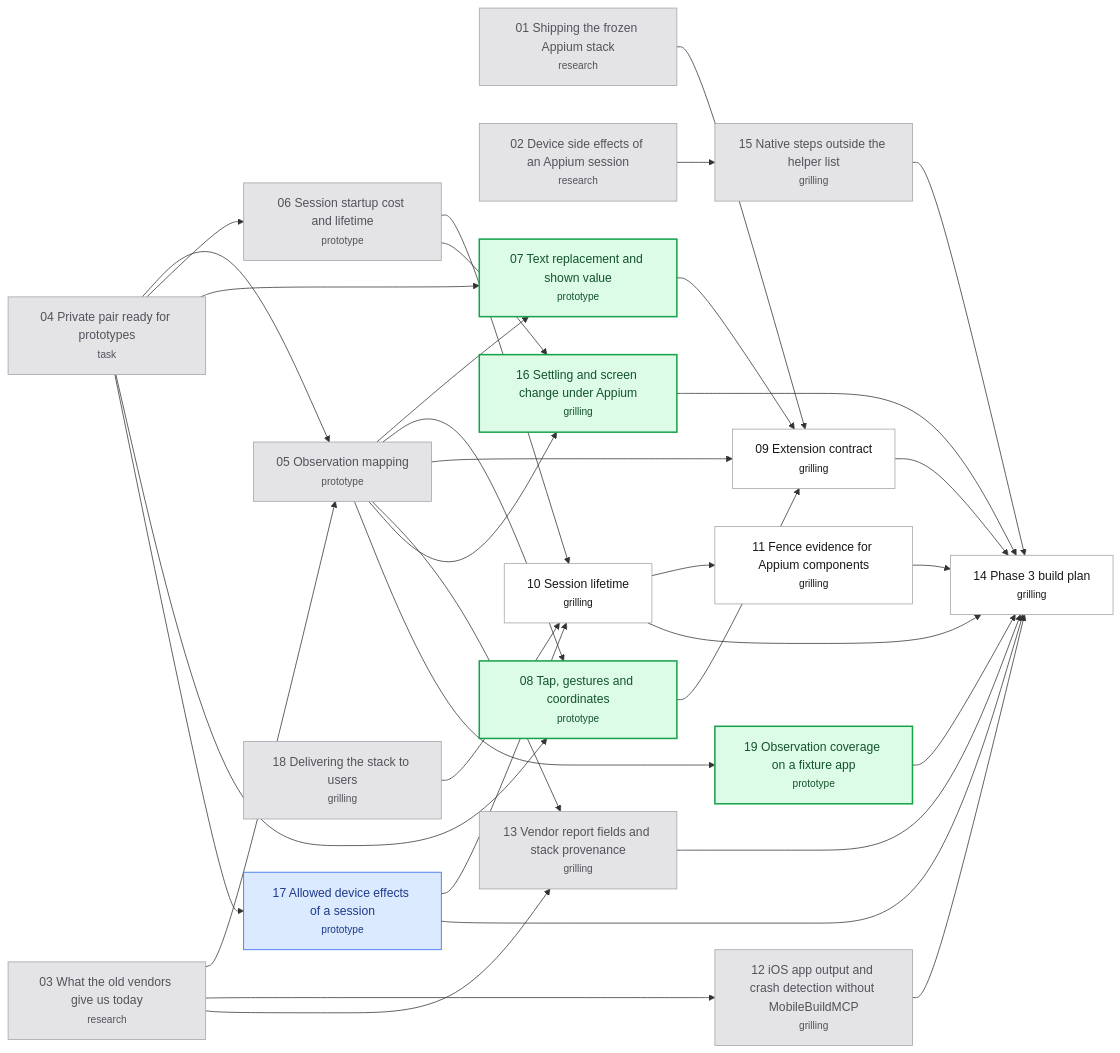
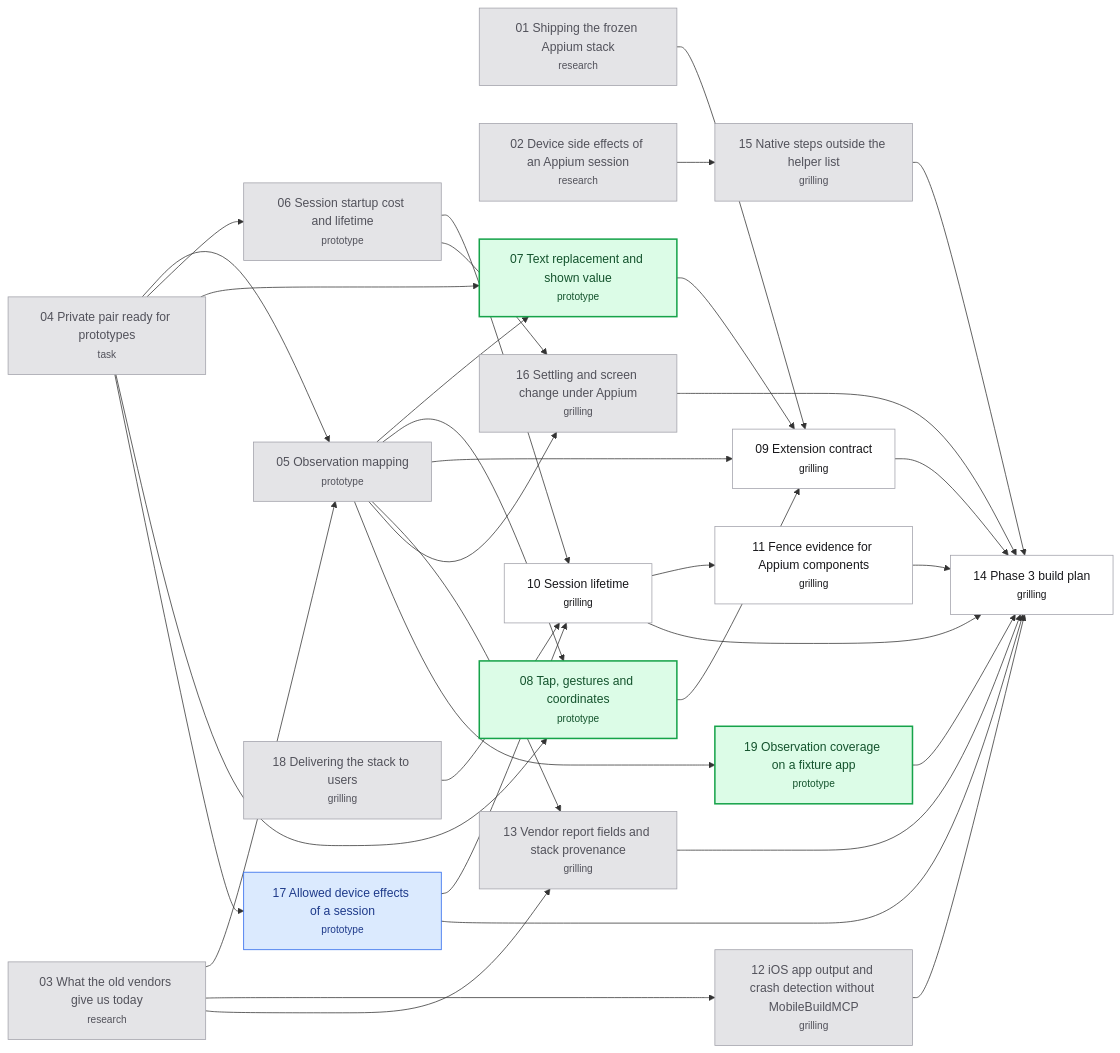
The diagram in .scratch/appium-phase3/map.md (hugues-vnsgn/jev-ios-bridge), drawn with Mermaid before and after one commit. The commit also changed other lines of this file and 2 other files, not shown here.

Commit message:
docs(appium-phase3): resolve Settling and screen change

````diff
--- a/.scratch/appium-phase3/map.md
+++ b/.scratch/appium-phase3/map.md
@@ -82,62 +83,62 @@
 ```mermaid
 flowchart LR
     T01["01 Shipping the frozen Appium stack<br/><small>research</small>"]
     T02["02 Device side effects of an Appium session<br/><small>research</small>"]
     T03["03 What the old vendors give us today<br/><small>research</small>"]
     T04["04 Private pair ready for prototypes<br/><small>task</small>"]
     T05["05 Observation mapping<br/><small>prototype</small>"]
     T06["06 Session startup cost and lifetime<br/><small>prototype</small>"]
     T07["07 Text replacement and shown value<br/><small>prototype</small>"]
     T08["08 Tap, gestures and coordinates<br/><small>prototype</small>"]
     T09["09 Extension contract<br/><small>grilling</small>"]
     T10["10 Session lifetime<br/><small>grilling</small>"]
     T11["11 Fence evidence for Appium components<br/><small>grilling</small>"]
     T12["12 iOS app output and crash detection without MobileBuildMCP<br/><small>grilling</small>"]
     T13["13 Vendor report fields and stack provenance<br/><small>grilling</small>"]
     T14["14 Phase 3 build plan<br/><small>grilling</small>"]
     T15["15 Native steps outside the helper list<br/><small>grilling</small>"]
     T16["16 Settling and screen change under Appium<br/><small>grilling</small>"]
     T17["17 Allowed device effects of a session<br/><small>prototype</small>"]
     T18["18 Delivering the stack to users<br/><small>grilling</small>"]
     T19["19 Observation coverage on a fixture app<br/><small>prototype</small>"]
     T03 --> T05
     T04 --> T05
     T04 --> T06
     T04 --> T07
     T05 --> T07
     T04 --> T08
     T05 --> T08
     T01 --> T09
     T05 --> T09
     T07 --> T09
     T08 --> T09
     T06 --> T10
     T17 --> T10
     T18 --> T10
     T10 --> T11
     T03 --> T12
     T03 --> T13
     T05 --> T13
     T09 --> T14
     T10 --> T14
     T11 --> T14
     T12 --> T14
     T13 --> T14
     T15 --> T14
     T16 --> T14
     T17 --> T14
     T19 --> T14
     T02 --> T15
     T05 --> T16
     T06 --> T16
     T04 --> T17
     T05 --> T19
     classDef resolved fill:#e4e4e7,stroke:#a1a1aa,color:#52525b
     classDef claimed fill:#dbeafe,stroke:#2563eb,color:#1e3a8a
     classDef frontier fill:#dcfce7,stroke:#16a34a,color:#14532d,stroke-width:2px
     classDef blocked fill:#ffffff,stroke:#a1a1aa,color:#18181b
-    class T01,T02,T03,T04,T05,T06,T12,T13,T15,T18 resolved
+    class T01,T02,T03,T04,T05,T06,T12,T13,T15,T16,T18 resolved
     class T17 claimed
-    class T07,T08,T16,T19 frontier
+    class T07,T08,T19 frontier
     class T09,T10,T11,T14 blocked
 ```
````
